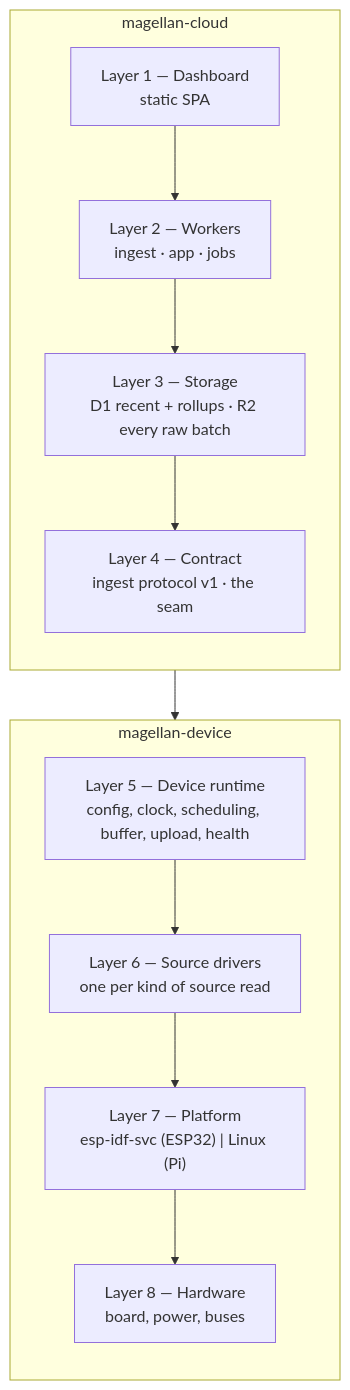
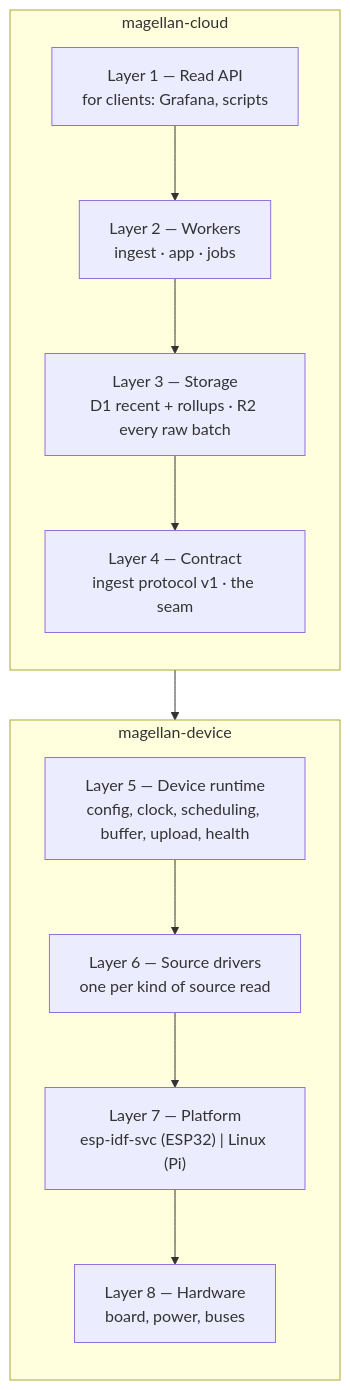
One commit to fabbrito/magellan-cloud changed the first of 2 diagrams in docs/DESIGN.md. Above: the diagram before and after it, drawn with Mermaid. The commit also changed other lines of this file and 4 other files, not shown here.

````diff
--- a/docs/DESIGN.md
+++ b/docs/DESIGN.md
@@ -62,22 +60,22 @@
 ```mermaid
 flowchart TB
     subgraph cloud["magellan-cloud"]
         direction TB
-        L1["Layer 1 — Dashboard<br/>static SPA"]
+        L1["Layer 1 — Read API<br/>for clients: Grafana, scripts"]
         L2["Layer 2 — Workers<br/>ingest · app · jobs"]
         L3["Layer 3 — Storage<br/>D1 recent + rollups · R2 every raw batch"]
         L4["Layer 4 — Contract<br/>ingest protocol v1 · the seam"]
         L1 --> L2 --> L3 --> L4
     end
 
     subgraph device["magellan-device"]
         direction TB
         L5["Layer 5 — Device runtime<br/>config, clock, scheduling, buffer, upload, health"]
         L6["Layer 6 — Source drivers<br/>one per kind of source read"]
         L7["Layer 7 — Platform<br/>esp-idf-svc (ESP32) | Linux (Pi)"]
         L8["Layer 8 — Hardware<br/>board, power, buses"]
         L5 --> L6 --> L7 --> L8
     end
 
     L4 --> L5
 ```
````
